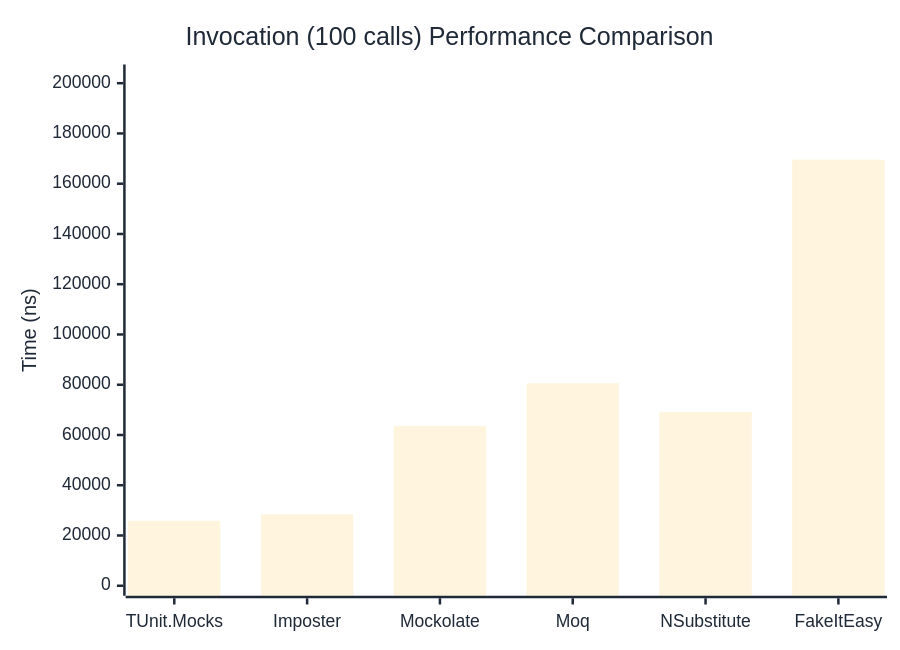
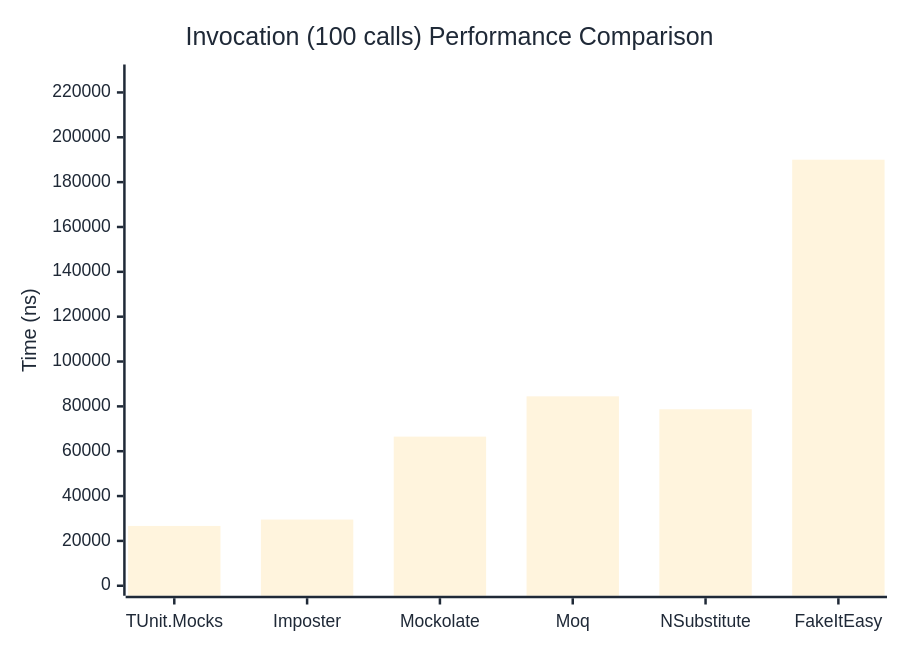
The third of 3 diagrams in docs/docs/benchmarks/mocks/Invocation.md (thomhurst/TUnit), drawn with Mermaid before and after one commit. The commit also changed other lines of this file and 14 other files, not shown here.

````diff
--- a/docs/docs/benchmarks/mocks/Invocation.md
+++ b/docs/docs/benchmarks/mocks/Invocation.md
@@ -110,27 +110,27 @@
 ```mermaid
 %%{init: {
   'theme':'base',
   'themeVariables': {
     'primaryColor': '#2563eb',
     'primaryTextColor': '#1f2937',
     'primaryBorderColor': '#1e40af',
     'lineColor': '#6b7280',
     'secondaryColor': '#7c3aed',
     'tertiaryColor': '#dc2626',
     'background': '#ffffff',
     'pie1': '#2563eb',
     'pie2': '#7c3aed',
     'pie3': '#dc2626',
     'pie4': '#f59e0b',
     'pie5': '#10b981',
     'pie6': '#06b6d4',
     'pie7': '#ec4899',
     'pie8': '#6366f1'
   }
 }}%%
 xychart-beta
   title "Invocation (100 calls) Performance Comparison"
   x-axis ["TUnit.Mocks", "Imposter", "Mockolate", "Moq", "NSubstitute", "FakeItEasy"]
-  y-axis "Time (ns)" 0 --> 203461
-  bar [25886.7, 28410.7, 63565.8, 80565.9, 69181.8, 169550.2]
+  y-axis "Time (ns)" 0 --> 228005
+  bar [26674.2, 29524.3, 66514.3, 84478, 78702.1, 190003.8]
 ```
````
